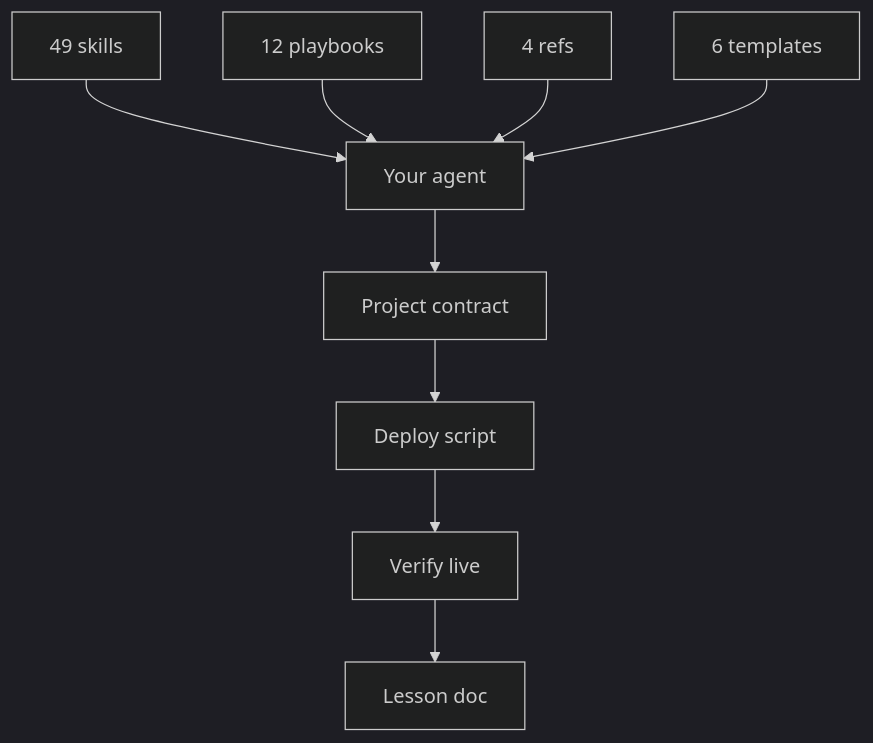
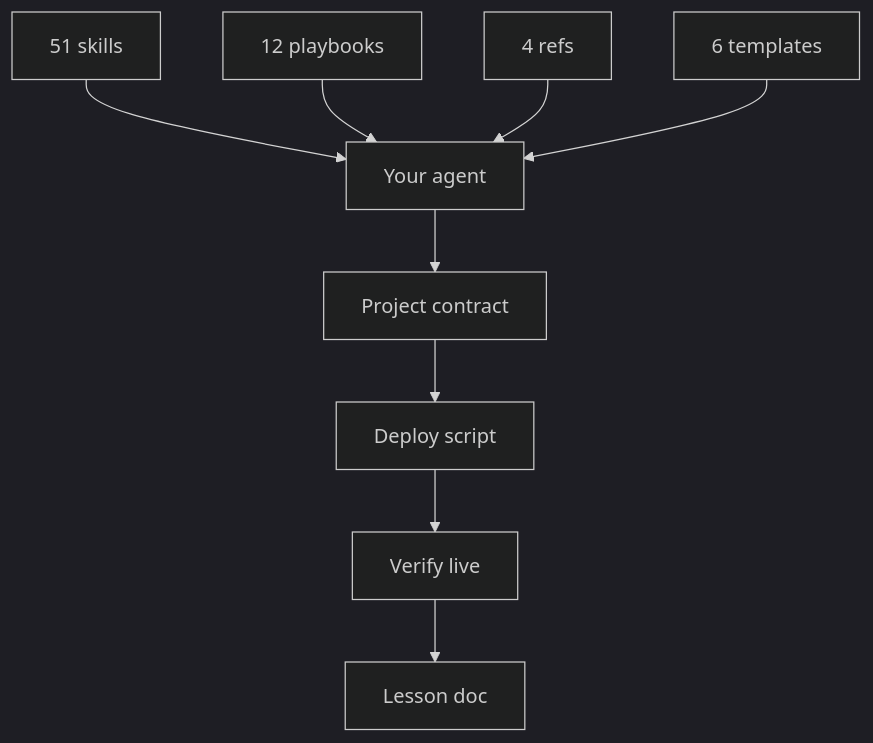
The diagram in README.md (Nonarkara/dr-non-vibecoding-skills), drawn with Mermaid (dark theme) before and after one commit. The commit also changed other lines of this file and 8 other files, not shown here.

````diff
--- a/README.md
+++ b/README.md
@@ -223,11 +223,11 @@
 ```mermaid
 flowchart TB
-  S["49 skills"] --> A["Your agent"]
+  S["51 skills"] --> A["Your agent"]
   P["12 playbooks"] --> A
   R["4 refs"] --> A
   T["6 templates"] --> A
   A --> W["Project contract"]
   W --> D["Deploy script"]
   D --> V["Verify live"]
   V --> L["Lesson doc"]
 ```
````
